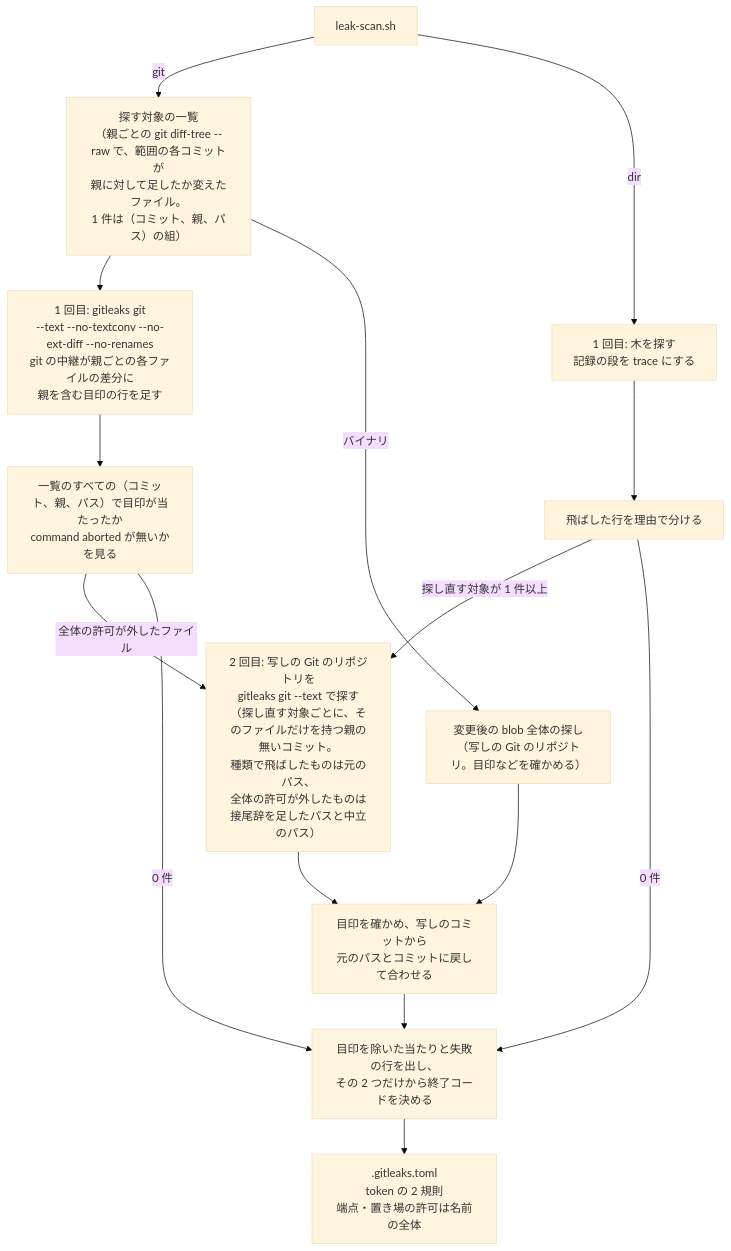
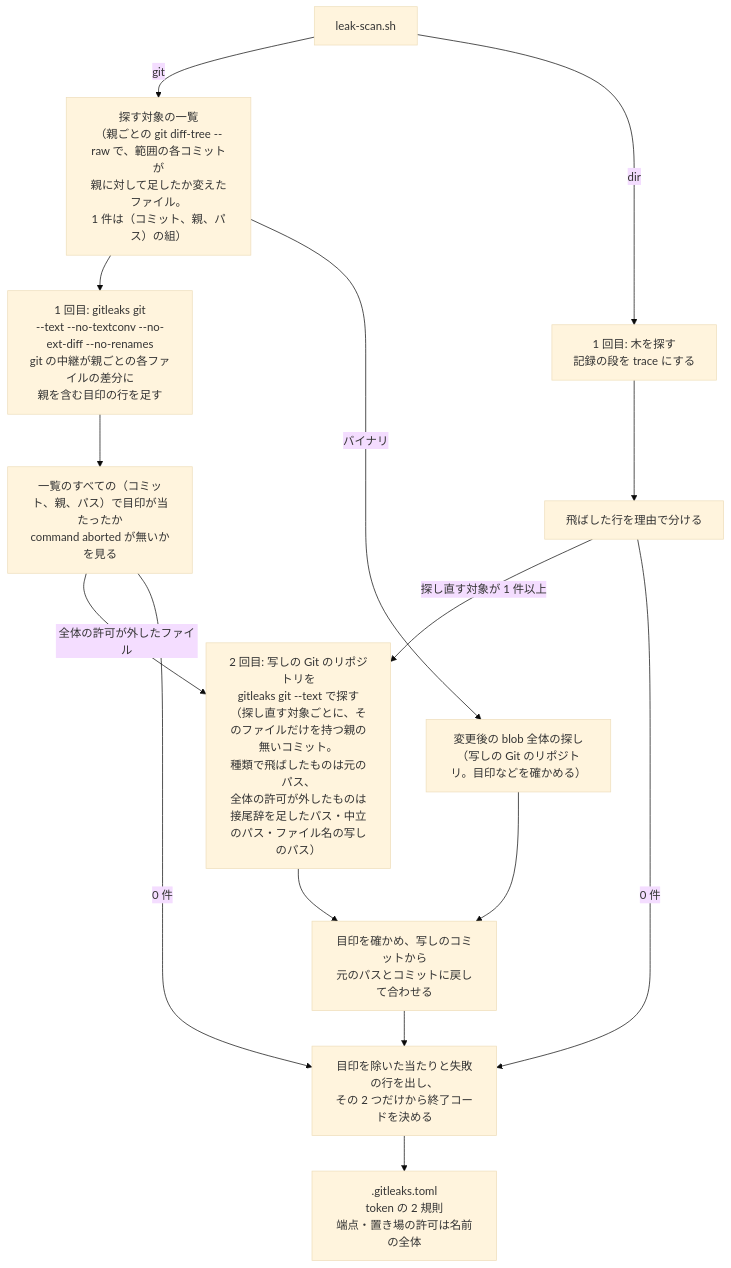
One commit to devbasex/nd-factory changed the second of 3 diagrams in issues/issue-98-design.md. Above: the diagram before and after it, drawn with Mermaid (base theme). The commit also changed other lines of this file and 1 other file, not shown here.

````diff
--- a/issues/issue-98-design.md
+++ b/issues/issue-98-design.md
@@ -68,17 +68,17 @@
 ```mermaid
 flowchart TD
     scan["leak-scan.sh"] -->|git| list["探す対象の一覧<br/>（親ごとの git diff-tree --raw で、範囲の各コミットが<br/>親に対して足したか変えたファイル。<br/>1 件は（コミット、親、パス）の組）"]
     list --> ggit["1 回目: gitleaks git<br/>--text --no-textconv --no-ext-diff --no-renames<br/>git の中継が親ごとの各ファイルの差分に<br/>親を含む目印の行を足す"]
     ggit --> gchk["一覧のすべての（コミット、親、パス）で目印が当たったか<br/>command aborted が無いかを見る"]
     scan -->|dir| p1["1 回目: 木を探す<br/>記録の段を trace にする"]
     p1 --> pick["飛ばした行を理由で分ける"]
     gchk -->|全体の許可が外したファイル| p2
     list -->|バイナリ| blob["変更後の blob 全体の探し<br/>（写しの Git のリポジトリ。目印などを確かめる）"]
     blob --> merge
-    pick -->|探し直す対象が 1 件以上| p2["2 回目: 写しの Git のリポジトリを<br/>gitleaks git --text で探す<br/>（探し直す対象ごとに、そのファイルだけを持つ親の無いコミット。<br/>種類で飛ばしたものは元のパス、<br/>全体の許可が外したものは接尾辞を足したパスと中立のパス）"]
+    pick -->|探し直す対象が 1 件以上| p2["2 回目: 写しの Git のリポジトリを<br/>gitleaks git --text で探す<br/>（探し直す対象ごとに、そのファイルだけを持つ親の無いコミット。<br/>種類で飛ばしたものは元のパス、<br/>全体の許可が外したものは接尾辞を足したパス・中立のパス・ファイル名の写しのパス）"]
     p2 --> merge["目印を確かめ、写しのコミットから<br/>元のパスとコミットに戻して合わせる"]
     pick -->|0 件| out["目印を除いた当たりと失敗の行を出し、<br/>その 2 つだけから終了コードを決める"]
     gchk -->|0 件| out
     merge --> out
     out --> rules[".gitleaks.toml<br/>token の 2 規則<br/>端点・置き場の許可は名前の全体"]
 ```
````
